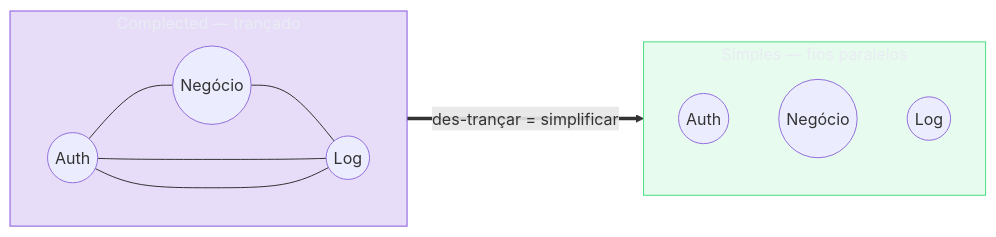
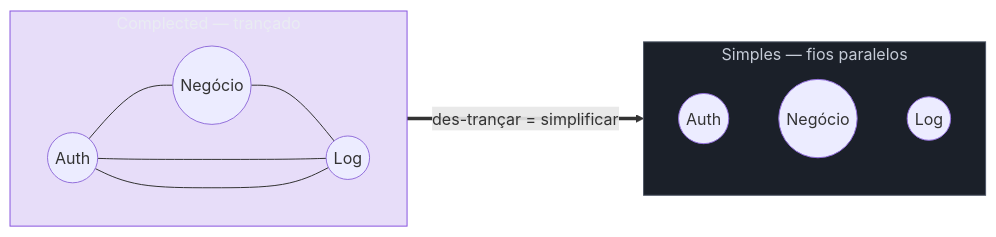
The second of 4 diagrams in 03-Dominios/Engenharia/Complexidade de Software/03 - Simplicidade não é facilidade.md (josenaldo/codex-technomanticus), drawn with Mermaid before and after one commit. The commit also changed other lines of this file and 601 other files, not shown here.

````diff
--- a/03-Dominios/Engenharia/Complexidade de Software/03 - Simplicidade não é facilidade.md
+++ b/03-Dominios/Engenharia/Complexidade de Software/03 - Simplicidade não é facilidade.md
@@ -109,21 +108,21 @@
 ```mermaid
 flowchart LR
+    classDef neutro fill:#1B2029,stroke:#4E5666,color:#C6CCD8
     classDef marca fill:#8855DF33,stroke:#8855DF,color:#E9ECF2
-    classDef ok fill:#4ADE8021,stroke:#4ADE80,color:#E9ECF2
     subgraph CX["Complected — trançado"]
         direction LR
         c1(("Auth")) --- c2(("Negócio"))
         c2 --- c3(("Log"))
         c3 --- c1
         c1 --- c3
     end
     subgraph SI["Simples — fios paralelos"]
         direction TB
         s1(("Auth"))
         s2(("Negócio"))
         s3(("Log"))
     end
     CX ==>|"des-trançar = simplificar"| SI
     class CX marca
-    class SI ok
+    class SI neutro
 ```
````
